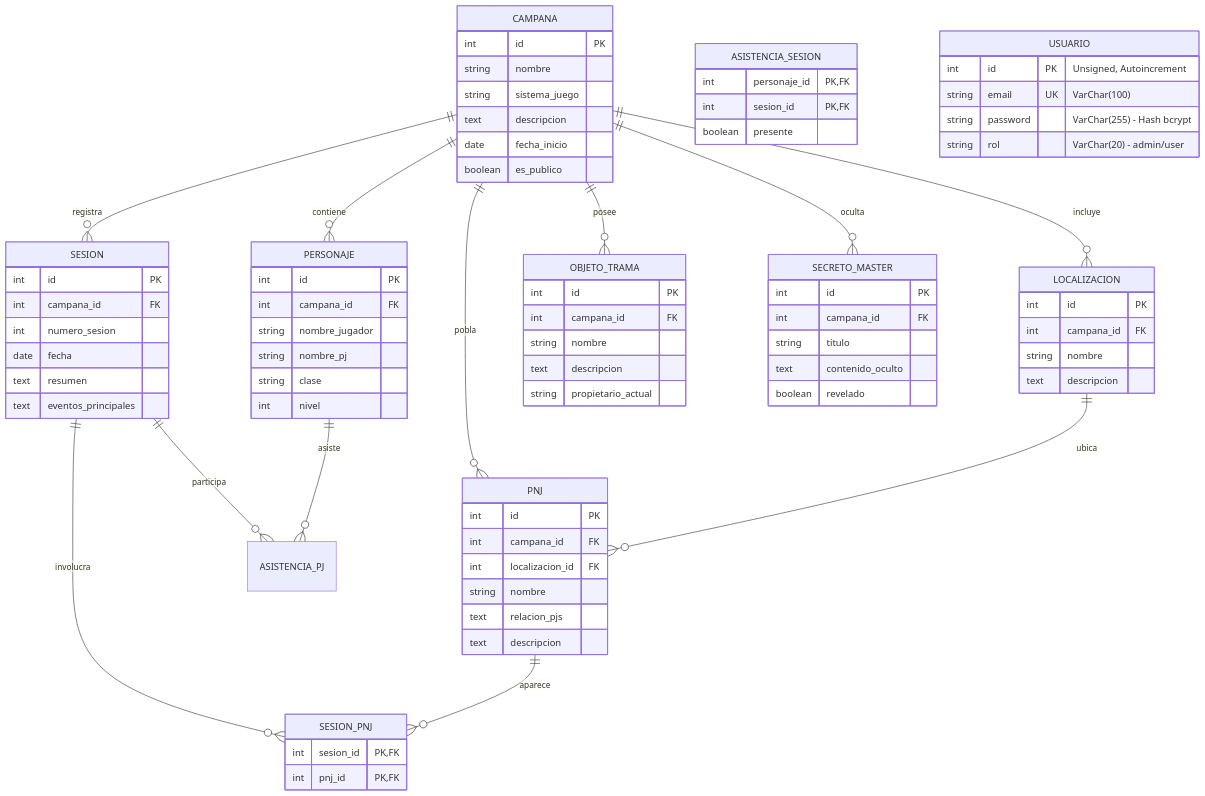
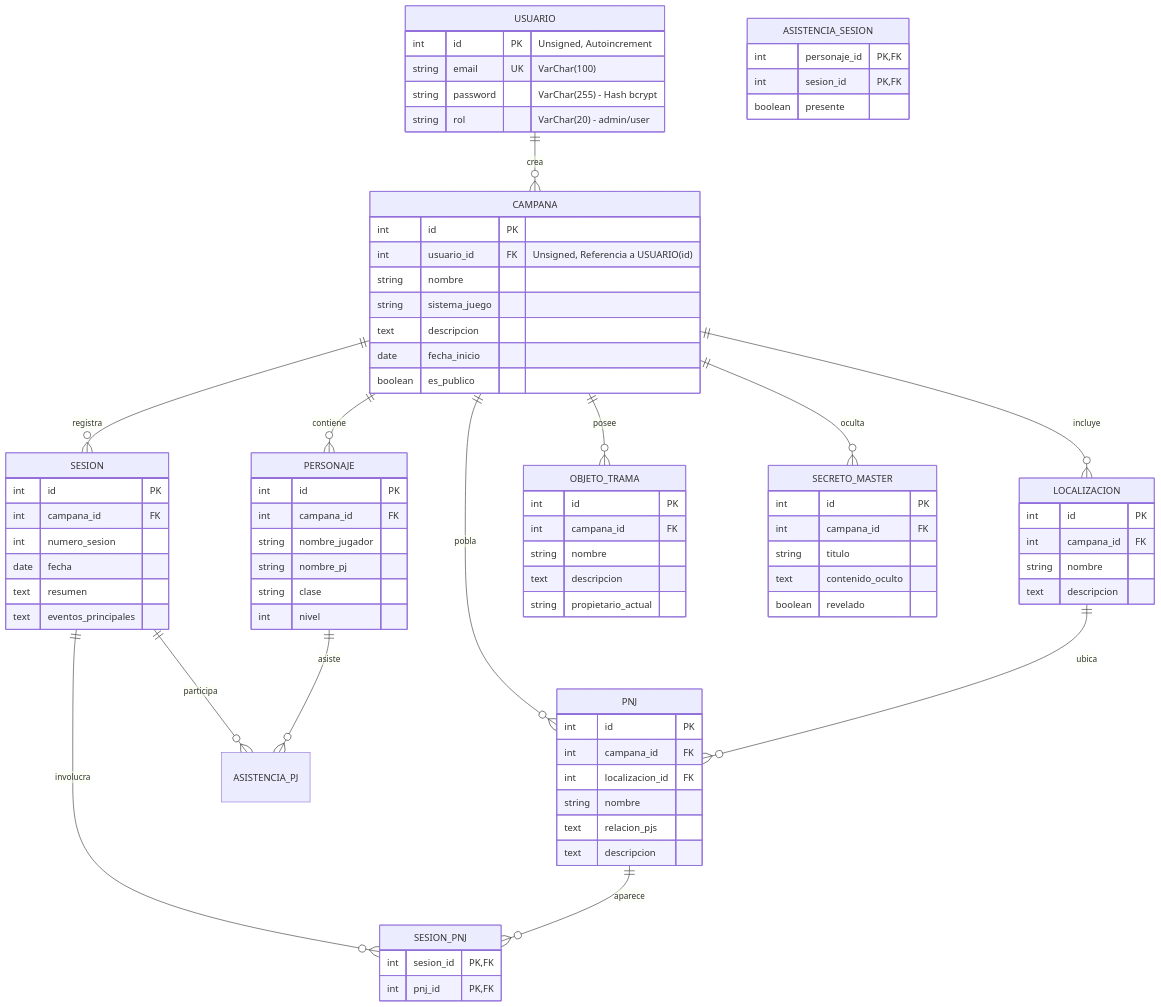
The diagram in docs/der.md (Nchsal/daw-proyecto-gestorrol), drawn with Mermaid before and after one commit. The commit also changed 1 other file, not shown here.

Commit message:
docs: actualiza DER y diccionario de datos con la relación de usuario

````diff
--- a/docs/der.md
+++ b/docs/der.md
@@ -3,5 +3,6 @@
 ```mermaid
 erDiagram
+    USUARIO ||--o{ CAMPANA : "crea"
     CAMPANA ||--o{ PERSONAJE : "contiene"
     CAMPANA ||--o{ LOCALIZACION : "incluye"
     CAMPANA ||--o{ SESION : "registra"
@@ -18,6 +19,7 @@
 
     CAMPANA {
         int id PK
+        int usuario_id FK "Unsigned, Referencia a USUARIO(id)"
         string nombre
         string sistema_juego
         text descripcion
````
